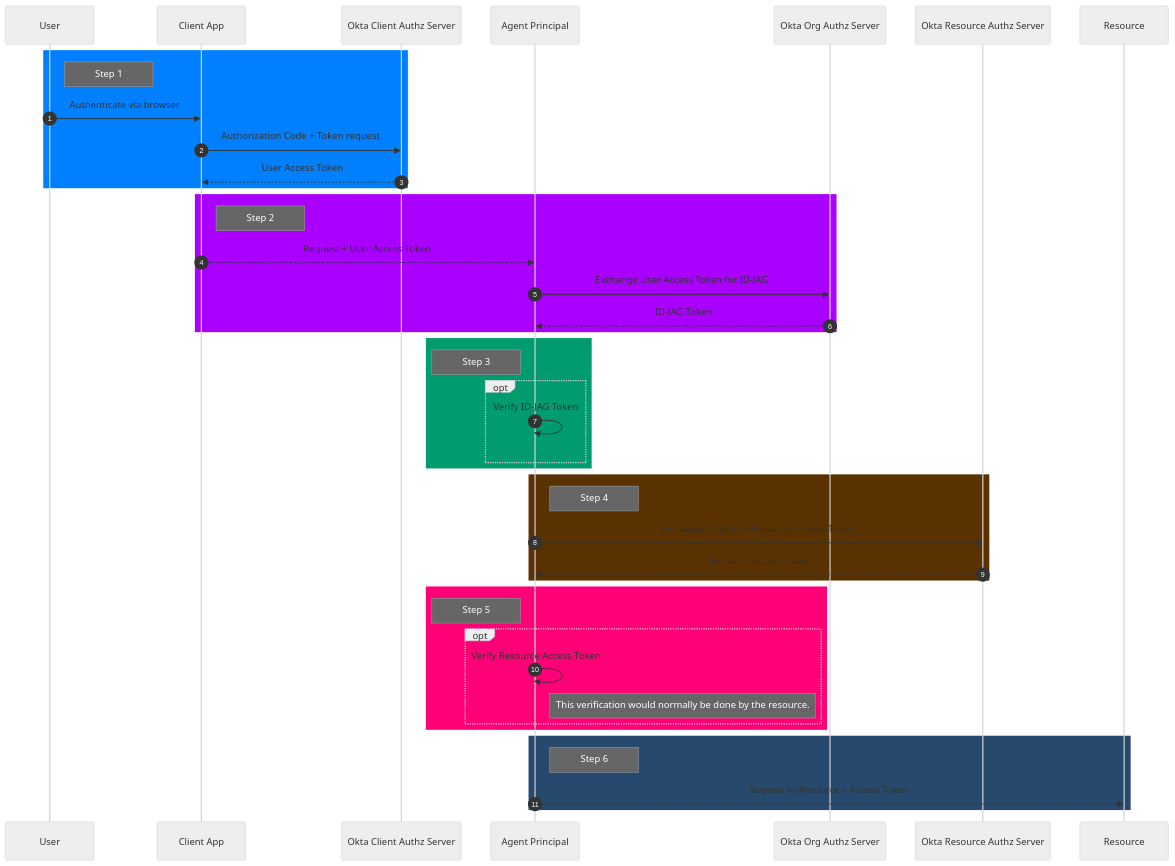
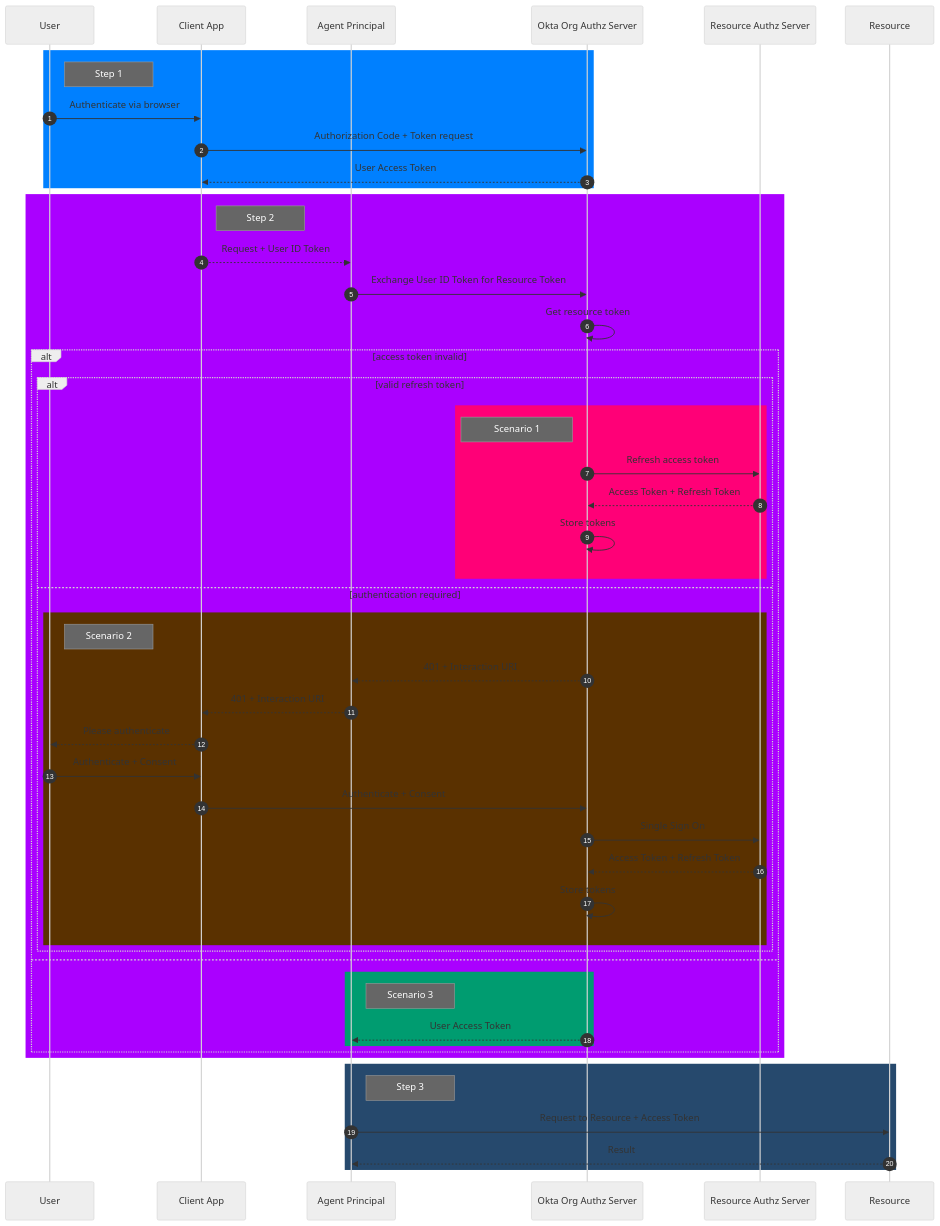
The first of 4 diagrams in images/sts_demo.md (udplabs/okta-ai-poc), drawn with Mermaid (neutral theme) before and after one commit. The commit also changed other lines of this file, not shown here.

First line of the commit message:
Revise STS demo sequence diagrams

````diff
--- a/images/sts_demo.md
+++ b/images/sts_demo.md
@@ -17,51 +17,59 @@
 ```mermaid
 sequenceDiagram
-    autonumber
-    participant U as User
-    participant C as Client App
-    participant CAS as Okta Client Authz Server
-    participant A as Agent Principal
-    participant OAS as Okta Org Authz Server
-    participant RAS as Okta Resource Authz Server
-    participant R as Resource
+	autonumber
+	participant U as User
+	participant C as Client App
+	participant A as Agent Principal
+	participant OAS as Okta Org Authz Server
+	participant RAS as Resource Authz Server
+	participant R as Resource
 
 	rect rgb(0, 128, 255)
 		Note right of U: Step 1
 			U->>C: Authenticate via browser
-			C->>CAS: Authorization Code + Token request
-			CAS-->>C: User Access Token
+			C->>OAS: Authorization Code + Token request
+			OAS-->>C: User Access Token
 	end
 
 	rect rgb(170, 0, 255)
 		Note right of C: Step 2
-			C-->>A: Request + User Access Token
-			A->>OAS: Exchange User Access Token for ID-JAG
-			OAS-->>A: ID-JAG Token
-	end
+			C-->>A: Request + User ID Token
+			A->>OAS: Exchange User ID Token for Resource Token
+            OAS->>OAS: Get resource token
 
-	rect rgb(0, 156, 112)
-		Note left of A: Step 3
-		opt
-			A->>A: Verify ID-JAG Token
-		end
-	end
+            alt access token invalid
+                alt valid refresh token
+                    rect rgb(255, 0, 119)
+                    Note left of OAS: Scenario 1
+                    OAS->>RAS: Refresh access token
+                    RAS-->>OAS: Access Token + Refresh Token
+                    OAS->>OAS: Store tokens
+                    end
+                else authentication required
+                rect rgb(90, 49, 0)
+                    Note right of U: Scenario 2
+                    OAS-->>A: 401 + Interaction URI
+                    A-->>C: 401 + Interaction URI
+                    C-->>U: Please authenticate
+                    U->>C: Authenticate + Consent
+                    C->>OAS: Authenticate + Consent
+                    OAS->>RAS: Single Sign On
+                    RAS-->>OAS: Access Token + Refresh Token
+                    OAS->>OAS: Store tokens
+                end
+                end
 
-	rect rgb(90, 49, 0)
-		Note right of A: Step 4
-		A->>RAS: Exchange ID-JAG for Resource Access Token
-		RAS-->>A: Resource Access Token
-	end
-
-	rect rgb(255, 0, 119)
-		Note left of A: Step 5
-		opt
-			A->>A: Verify Resource Access Token
-			Note right of A: This verification would normally be done by the resource.
-		end
+            else
+                rect rgb(0, 156, 112)
+                Note right of A: Scenario 3
+                OAS-->>A: User Access Token
+                end
+            end
 	end
 
 	rect rgb(38, 73, 109)
-		Note right of A: Step 6
-		A-->>R: Request to Resource + Access Token
+		Note right of A: Step 3
+		A->>R: Request to Resource + Access Token
+        R-->>A: Result
 	end
 ```
````
